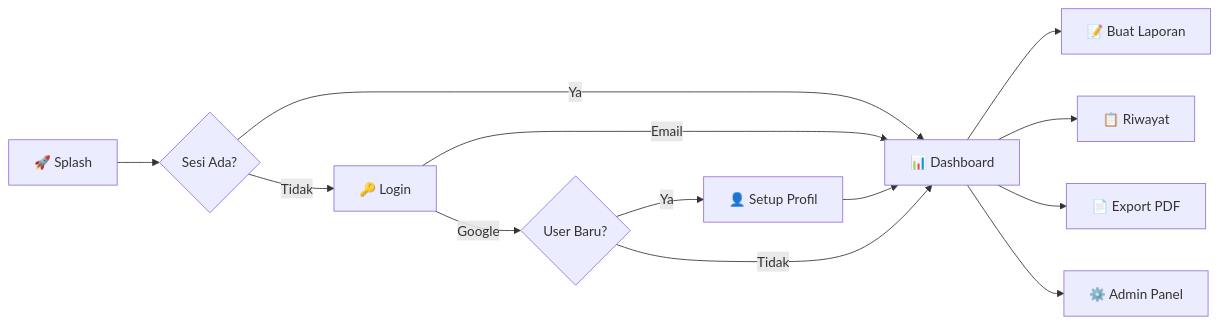
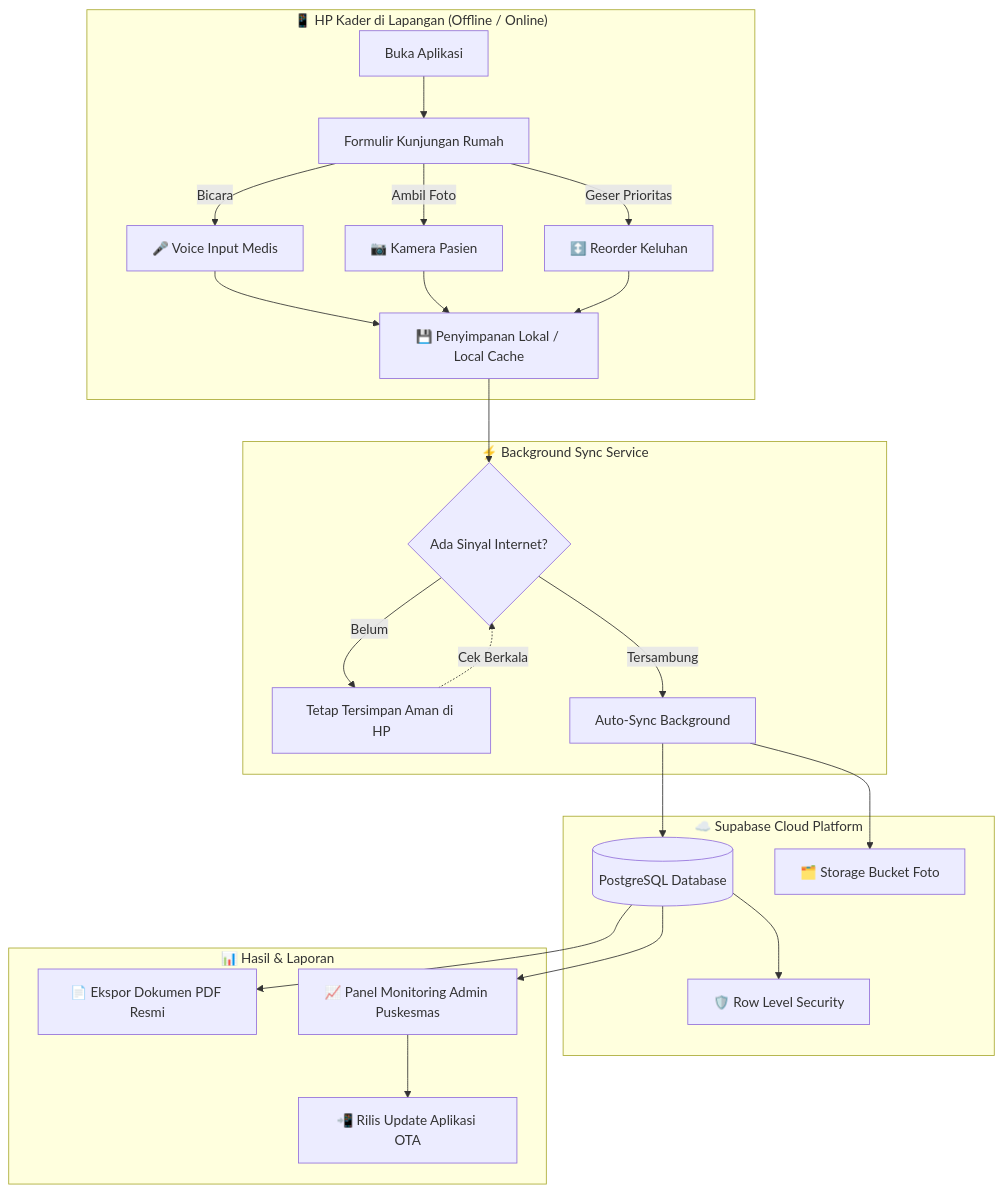
One commit to ESTAS-crypto/android-puskesmas changed the diagram in README.md. Above: the diagram before and after it, drawn with Mermaid. The commit also changed other lines of this file and 17 other files, not shown here.

````diff
--- a/README.md
+++ b/README.md
@@ -216,15 +121,29 @@
 ```mermaid
-flowchart LR
-    A[🚀 Splash] --> B{Sesi Ada?}
-    B -- Ya --> D[📊 Dashboard]
-    B -- Tidak --> C[🔑 Login]
-    C -- Email --> D
-    C -- Google --> E{User Baru?}
-    E -- Ya --> F[👤 Setup Profil]
-    F --> D
-    E -- Tidak --> D
-    D --> G[📝 Buat Laporan]
-    D --> H[📋 Riwayat]
-    D --> I[📄 Export PDF]
-    D --> J[⚙️ Admin Panel]
+flowchart TD
+    subgraph HP_Kader["📱 HP Kader di Lapangan (Offline / Online)"]
+        A[Buka Aplikasi] --> B[Formulir Kunjungan Rumah]
+        B -->|Bicara| C[🎤 Voice Input Medis]
+        B -->|Ambil Foto| D[📷 Kamera Pasien]
+        B -->|Geser Prioritas| E[↕️ Reorder Keluhan]
+        C & D & E --> F[💾 Penyimpanan Lokal / Local Cache]
+    end
+
+    subgraph Sinkronisasi["⚡ Background Sync Service"]
+        F --> G{Ada Sinyal Internet?}
+        G -- Belum --> H[Tetap Tersimpan Aman di HP]
+        H -. Cek Berkala .-> G
+        G -- Tersambung --> I[Auto-Sync Background]
+    end
+
+    subgraph Cloud["☁️ Supabase Cloud Platform"]
+        I --> J[(PostgreSQL Database)]
+        I --> K[🗂️ Storage Bucket Foto]
+        J --> L[🛡️ Row Level Security]
+    end
+
+    subgraph Output["📊 Hasil & Laporan"]
+        J --> M[📄 Ekspor Dokumen PDF Resmi]
+        J --> N[📈 Panel Monitoring Admin Puskesmas]
+        N --> O[📲 Rilis Update Aplikasi OTA]
+    end
 ```
````
